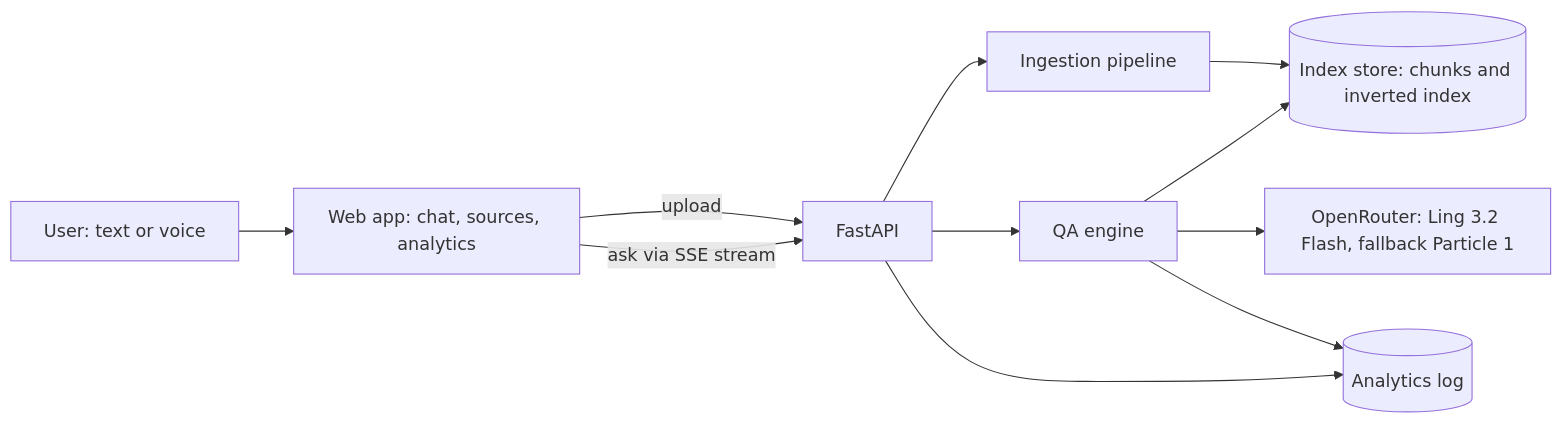
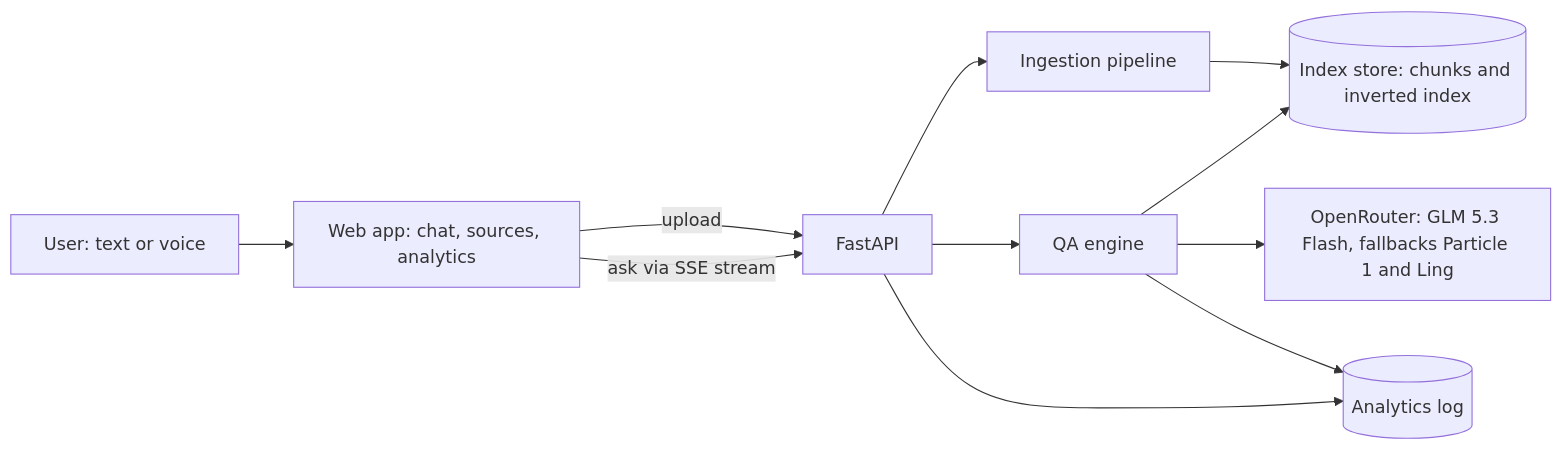
One commit to mithun50/ragbot changed the first of 4 diagrams in docs/ARCHITECTURE.md. Above: the diagram before and after it, drawn with Mermaid. The commit also changed other lines of this file and 5 other files, not shown here.

````diff
--- a/docs/ARCHITECTURE.md
+++ b/docs/ARCHITECTURE.md
@@ -4,13 +4,13 @@
 ```mermaid
 flowchart LR
     U[User: text or voice] --> FE[Web app: chat, sources, analytics]
     FE -->|upload| API[FastAPI]
     FE -->|ask via SSE stream| API
     API --> ING[Ingestion pipeline]
     API --> QA[QA engine]
     ING --> STORE[(Index store: chunks and inverted index)]
     QA --> STORE
-    QA --> LLM[OpenRouter: Ling 3.2 Flash, fallback Particle 1]
+    QA --> LLM[OpenRouter: GLM 5.3 Flash, fallbacks Particle 1 and Ling]
     QA --> AN[(Analytics log)]
     API --> AN
 ```
````
